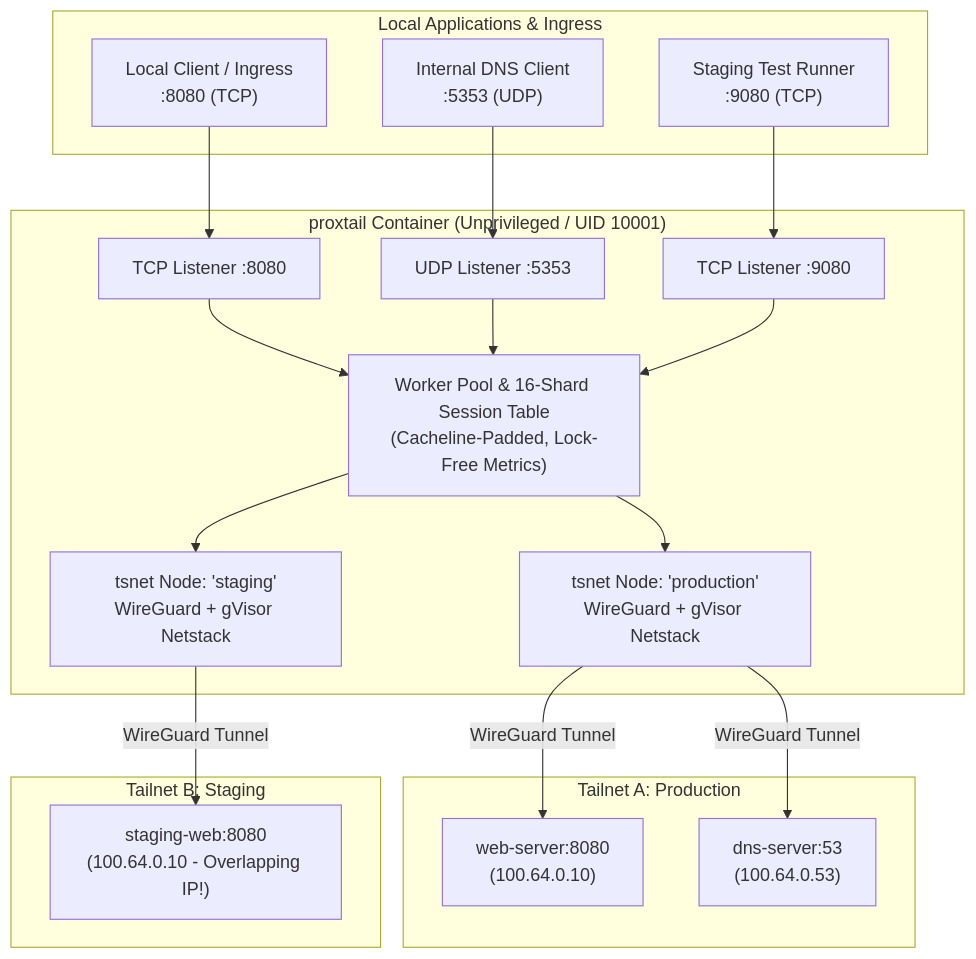
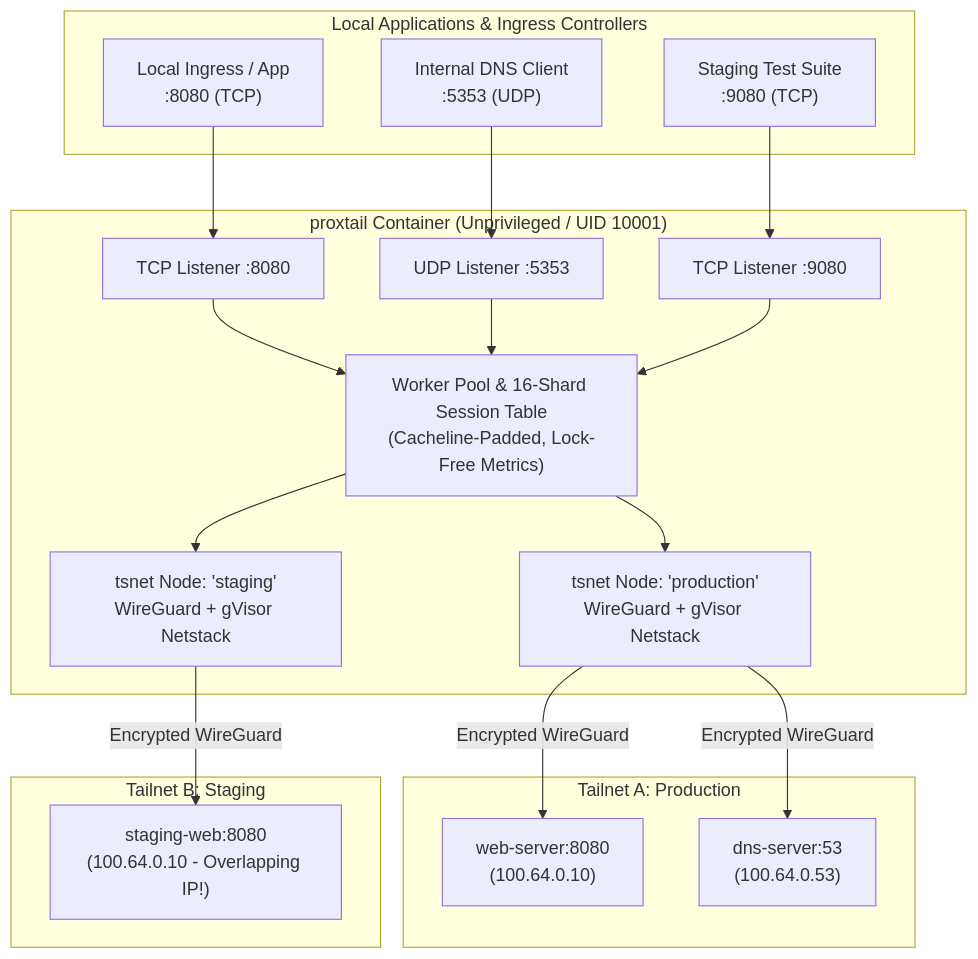
One commit to fadlytabrani/proxtail changed the diagram in README.md. Above: the diagram before and after it, drawn with Mermaid. The commit also changed other lines of this file, not shown here.

````diff
--- a/README.md
+++ b/README.md
@@ -55,43 +113,43 @@
 ```mermaid
 flowchart TD
-    subgraph Clients["Local Applications & Ingress"]
-        C1["Local Client / Ingress<br/>:8080 (TCP)"]
+    subgraph Clients["Local Applications & Ingress Controllers"]
+        C1["Local Ingress / App<br/>:8080 (TCP)"]
         C2["Internal DNS Client<br/>:5353 (UDP)"]
-        C3["Staging Test Runner<br/>:9080 (TCP)"]
+        C3["Staging Test Suite<br/>:9080 (TCP)"]
     end
 
     subgraph Proxtail["proxtail Container (Unprivileged / UID 10001)"]
         L1["TCP Listener :8080"]
         L2["UDP Listener :5353"]
         L3["TCP Listener :9080"]
 
         WP["Worker Pool & 16-Shard Session Table<br/>(Cacheline-Padded, Lock-Free Metrics)"]
 
         T1["tsnet Node: 'production'<br/>WireGuard + gVisor Netstack"]
         T2["tsnet Node: 'staging'<br/>WireGuard + gVisor Netstack"]
     end
 
     subgraph TailnetProd["Tailnet A: Production"]
         P1["web-server:8080<br/>(100.64.0.10)"]
         P2["dns-server:53<br/>(100.64.0.53)"]
     end
 
     subgraph TailnetStaging["Tailnet B: Staging"]
         S1["staging-web:8080<br/>(100.64.0.10 - Overlapping IP!)"]
     end
 
     C1 --> L1
     C2 --> L2
     C3 --> L3
 
     L1 --> WP
     L2 --> WP
     L3 --> WP
 
     WP --> T1
     WP --> T2
 
-    T1 -- "WireGuard Tunnel" --> P1
-    T1 -- "WireGuard Tunnel" --> P2
-    T2 -- "WireGuard Tunnel" --> S1
+    T1 -- "Encrypted WireGuard" --> P1
+    T1 -- "Encrypted WireGuard" --> P2
+    T2 -- "Encrypted WireGuard" --> S1
 ```
````
